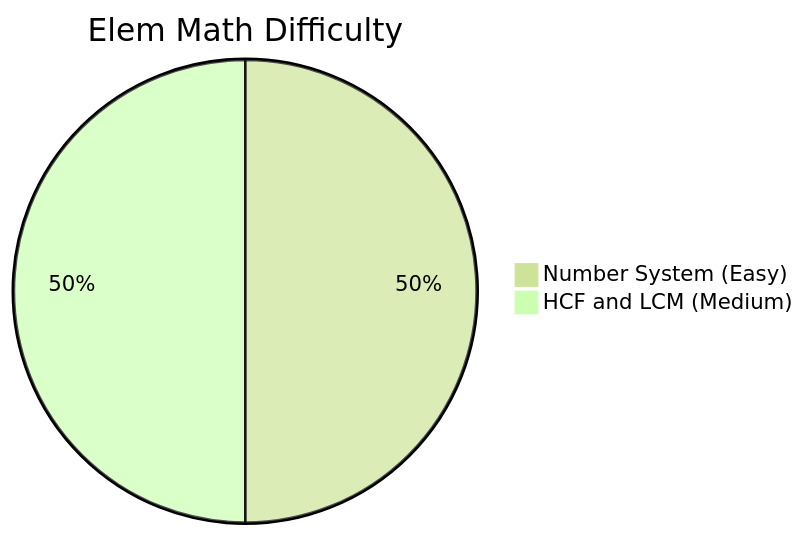
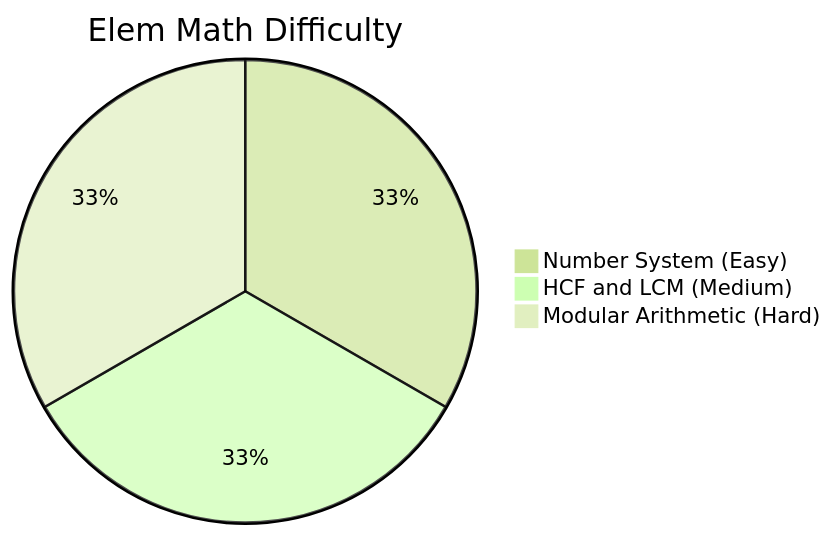
One commit to skc-coder/SAGE changed the second of 3 diagrams in content/cds/math/math_overview.md. Above: the diagram before and after it, drawn with Mermaid (forest theme). The commit also changed other lines of this file and 3 other files, not shown here.

Commit message:
feat(math): create dedicated Modular Arithmetic chapter, subtopics, and practice questions

````diff
--- a/content/cds/math/math_overview.md
+++ b/content/cds/math/math_overview.md
@@ -30,5 +31,6 @@
 ```mermaid
 pie title Elem Math Difficulty
     "Number System (Easy)" : 1
     "HCF and LCM (Medium)" : 1
+    "Modular Arithmetic (Hard)" : 1
 ```
````
